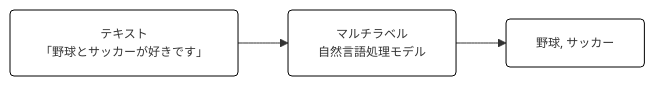
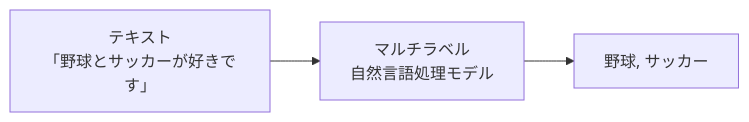
One commit to SatakeYusuke19920527/zenn changed the eighth of 8 diagrams in articles/azure_ml_intro.md. Above: the diagram before and after it, drawn with Mermaid. The commit also changed other lines of this file, not shown here.

````diff
--- a/articles/azure_ml_intro.md
+++ b/articles/azure_ml_intro.md
@@ -126,6 +124,4 @@
 ```mermaid
 flowchart LR
     txt2[テキスト<br/>「野球とサッカーが好きです」] --> nlp2[マルチラベル<br/>自然言語処理モデル] --> nlp_lbl2[野球, サッカー]
-    classDef nodeStyle fill:#fff,stroke:#000,rx:4,ry:4,font-size:12px;
-    class txt2,nlp2,nlp_lbl2 nodeStyle
 ```
````
